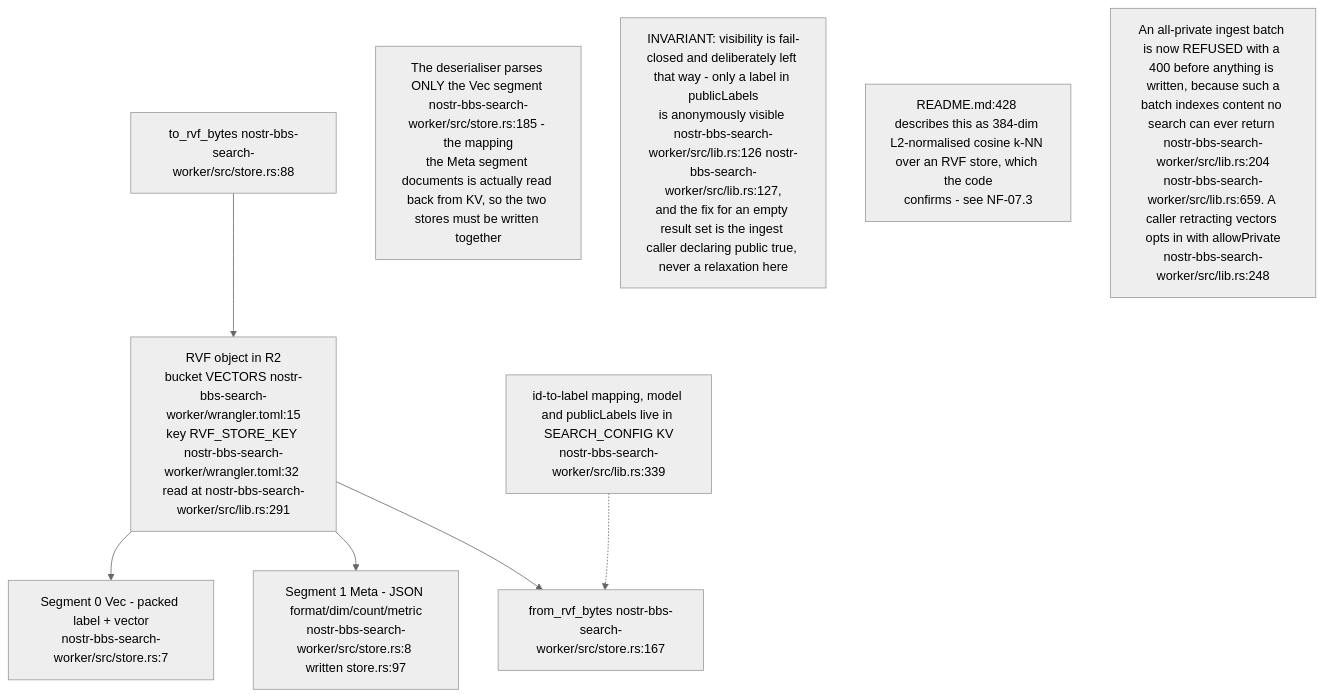
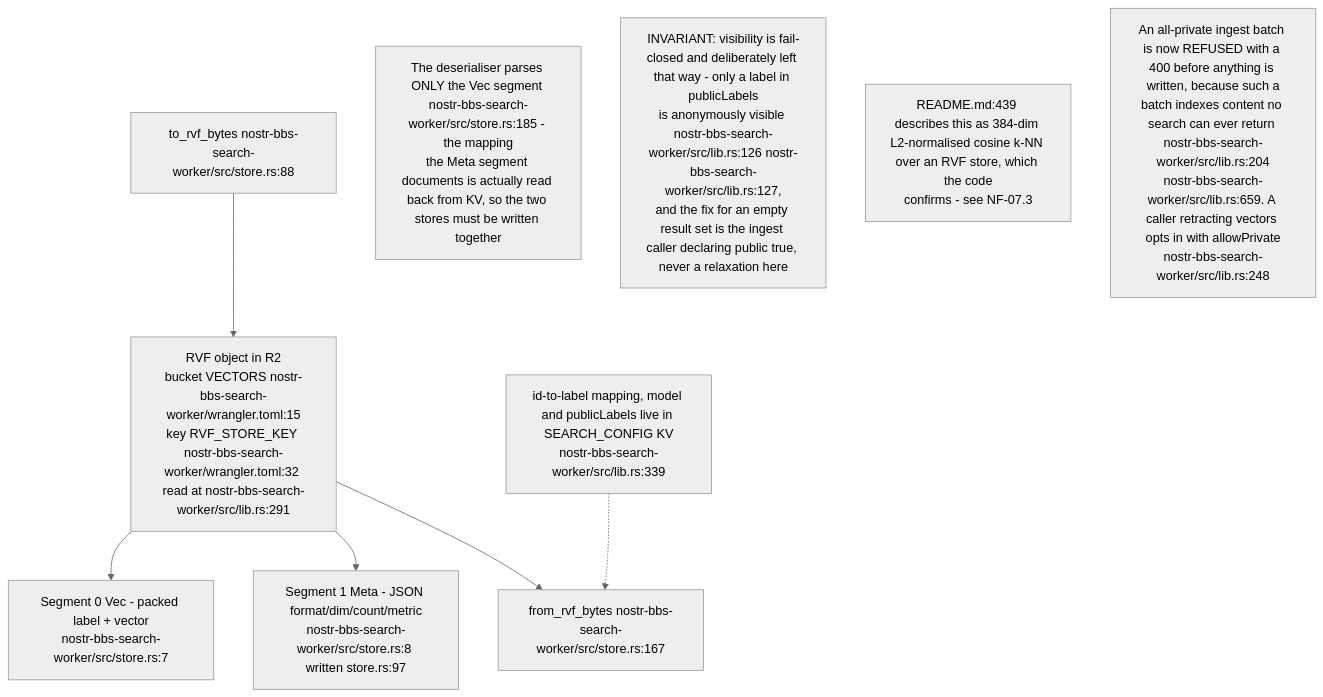
The fourth of 8 diagrams in docs/diagrams/nostr-rust-forum/07-search-preview-and-shared-worker-utilities.md (DreamLab-AI/VisionFlow), drawn with Mermaid (neutral theme) before and after one commit. The commit also changed other lines of this file and 136 other files, not shown here.

First line of the commit message:
docs(diagrams): refresh the whole corpus to code HEAD and prune low-value diagrams

````diff
--- a/docs/diagrams/nostr-rust-forum/07-search-preview-and-shared-worker-utilities.md
+++ b/docs/diagrams/nostr-rust-forum/07-search-preview-and-shared-worker-utilities.md
@@ -109,19 +109,19 @@
 ```mermaid
 flowchart TB
     RVF["RVF object in R2<br/>bucket VECTORS nostr-bbs-search-worker/wrangler.toml:15<br/>key RVF_STORE_KEY nostr-bbs-search-worker/wrangler.toml:32 read at nostr-bbs-search-worker/src/lib.rs:291"]
     SEGV["Segment 0 Vec - packed label + vector<br/>nostr-bbs-search-worker/src/store.rs:7"]
     SEGM["Segment 1 Meta - JSON format/dim/count/metric<br/>nostr-bbs-search-worker/src/store.rs:8 written store.rs:97"]
     SER["to_rvf_bytes nostr-bbs-search-worker/src/store.rs:88"]
     DES["from_rvf_bytes nostr-bbs-search-worker/src/store.rs:167"]
     KV["id-to-label mapping, model and publicLabels live in SEARCH_CONFIG KV<br/>nostr-bbs-search-worker/src/lib.rs:339"]
 
     RVF --> SEGV & SEGM
     SER --> RVF
     RVF --> DES
     KV -.-> DES
 
     N1["The deserialiser parses ONLY the Vec segment nostr-bbs-search-worker/src/store.rs:185 - the mapping<br/>the Meta segment documents is actually read back from KV, so the two stores must be written together"]
     N2["INVARIANT: visibility is fail-closed and deliberately left that way - only a label in publicLabels<br/>is anonymously visible nostr-bbs-search-worker/src/lib.rs:126 nostr-bbs-search-worker/src/lib.rs:127,<br/>and the fix for an empty result set is the ingest caller declaring public true, never a relaxation here"]
-    N3["README.md:428 describes this as 384-dim L2-normalised cosine k-NN over an RVF store, which the code<br/>confirms - see NF-07.3"]
+    N3["README.md:439 describes this as 384-dim L2-normalised cosine k-NN over an RVF store, which the code<br/>confirms - see NF-07.3"]
     N4["An all-private ingest batch is now REFUSED with a 400 before anything is written, because such a<br/>batch indexes content no search can ever return nostr-bbs-search-worker/src/lib.rs:204<br/>nostr-bbs-search-worker/src/lib.rs:659. A caller retracting vectors opts in with allowPrivate<br/>nostr-bbs-search-worker/src/lib.rs:248"]
 ```
````
